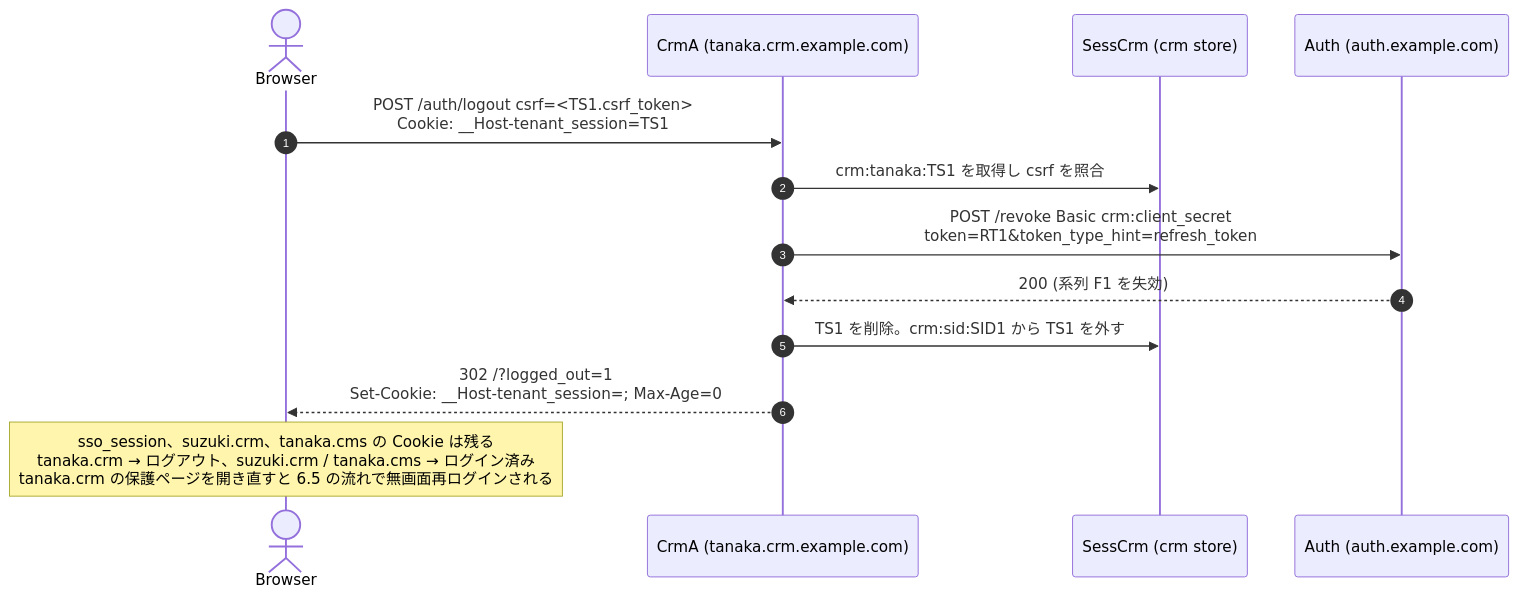
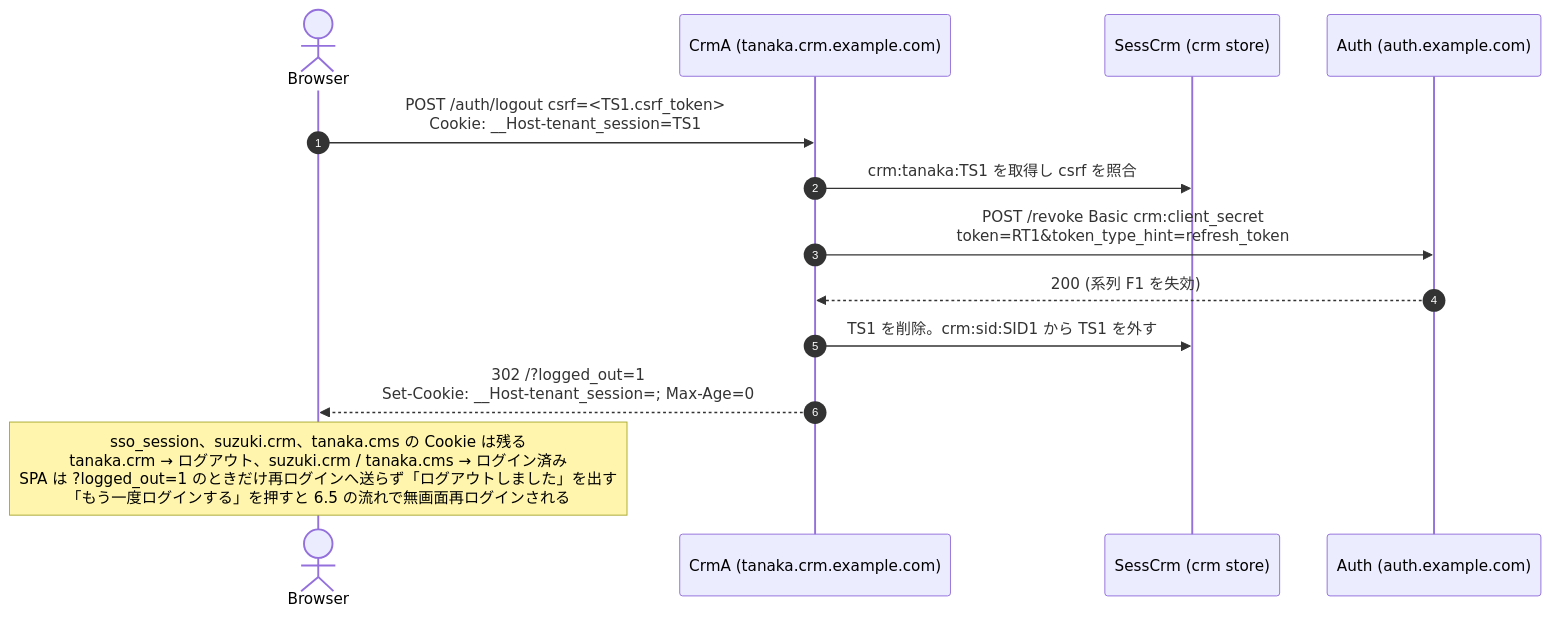
Before and after one commit to daisuke-tanabe/multi-domain-sandbox: the seventh of 11 diagrams in docs/integration-guide.md, drawn with Mermaid. The commit also changed other lines of this file and 82 other files, not shown here.

First line of the commit message:
feat: crm-web と cms-web を React Router v8 の SPA と薄い BFF にする

````diff
--- a/docs/integration-guide.md
+++ b/docs/integration-guide.md
@@ -797,16 +812,16 @@
 ```mermaid
 sequenceDiagram
     autonumber
     actor Browser
     participant CrmA as CrmA (tanaka.crm.example.com)
     participant SessCrm as SessCrm (crm store)
     participant Auth as Auth (auth.example.com)
 
     Browser->>CrmA: POST /auth/logout  csrf=<TS1.csrf_token><br/>Cookie: __Host-tenant_session=TS1
     CrmA->>SessCrm: crm:tanaka:TS1 を取得し csrf を照合
     CrmA->>Auth: POST /revoke  Basic crm:client_secret<br/>token=RT1&token_type_hint=refresh_token
     Auth-->>CrmA: 200 (系列 F1 を失効)
     CrmA->>SessCrm: TS1 を削除。crm:sid:SID1 から TS1 を外す
     CrmA-->>Browser: 302 /?logged_out=1<br/>Set-Cookie: __Host-tenant_session=#59; Max-Age=0
-    Note over Browser: sso_session、suzuki.crm、tanaka.cms の Cookie は残る<br/>tanaka.crm → ログアウト、suzuki.crm / tanaka.cms → ログイン済み<br/>tanaka.crm の保護ページを開き直すと 6.5 の流れで無画面再ログインされる
+    Note over Browser: sso_session、suzuki.crm、tanaka.cms の Cookie は残る<br/>tanaka.crm → ログアウト、suzuki.crm / tanaka.cms → ログイン済み<br/>SPA は ?logged_out=1 のときだけ再ログインへ送らず「ログアウトしました」を出す<br/>「もう一度ログインする」を押すと 6.5 の流れで無画面再ログインされる
 ```
````
